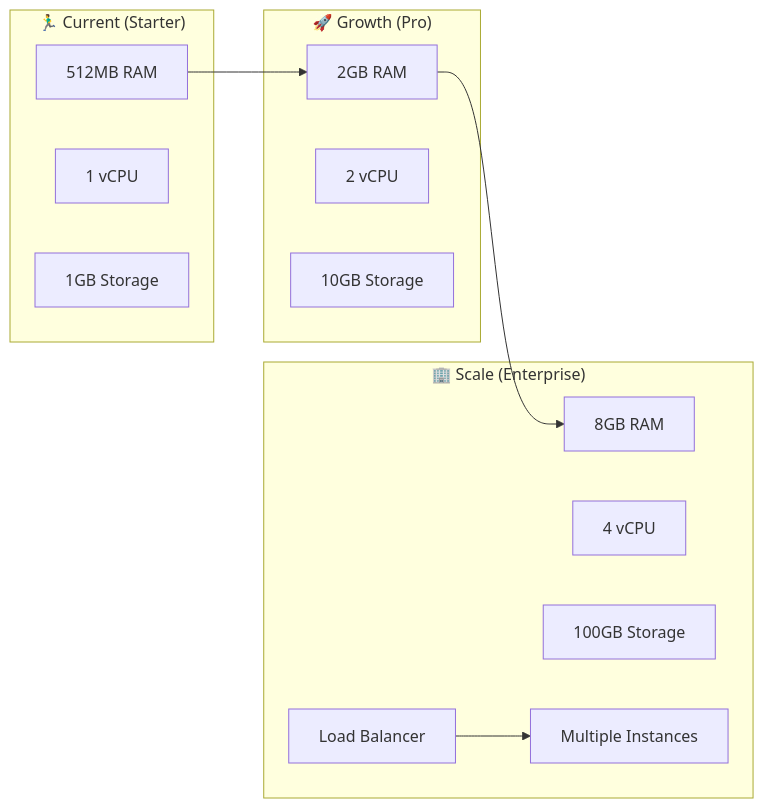
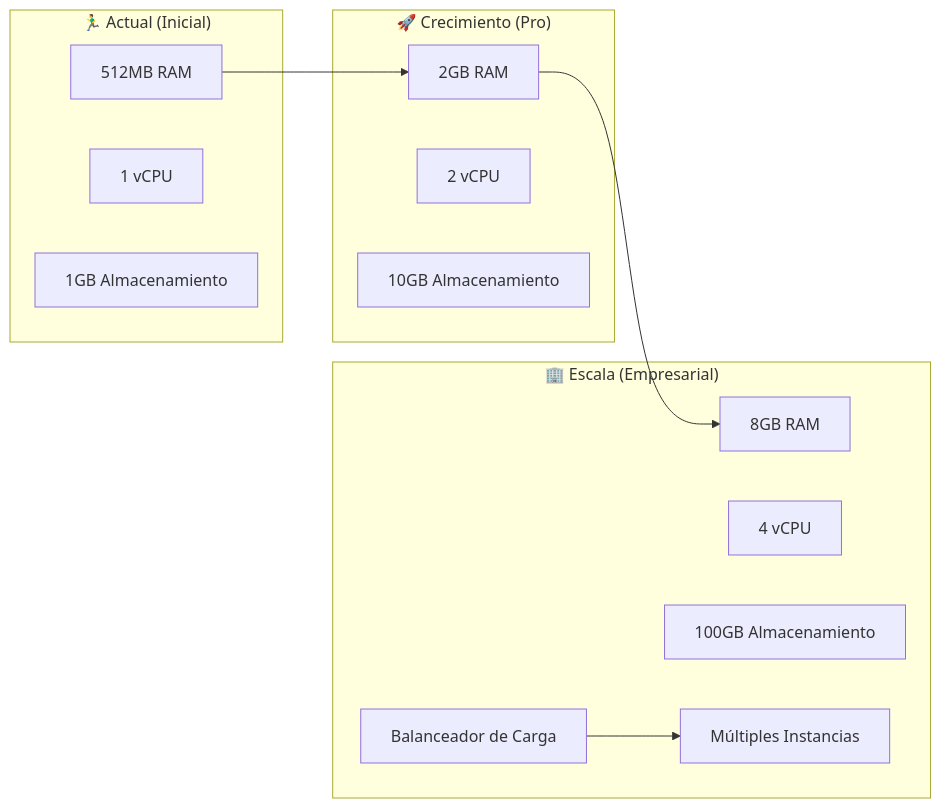
The third of 3 diagrams in DIAGRAMA_DESPLIEGUE_COMPLETO.md (CarlitosErnesto21/AgenciaVasir), drawn with Mermaid before and after one commit. The commit also changed other lines of this file, not shown here.

Commit message:
diagrama de despliegue

````diff
--- a/DIAGRAMA_DESPLIEGUE_COMPLETO.md
+++ b/DIAGRAMA_DESPLIEGUE_COMPLETO.md
@@ -324,26 +324,26 @@
 ```mermaid
 graph LR
-    subgraph "🏃‍♂️ Current (Starter)"
+    subgraph "🏃‍♂️ Actual (Inicial)"
         C1[512MB RAM]
         C2[1 vCPU]
-        C3[1GB Storage]
+        C3[1GB Almacenamiento]
     end
     
-    subgraph "🚀 Growth (Pro)"
+    subgraph "🚀 Crecimiento (Pro)"
         G1[2GB RAM]
         G2[2 vCPU]
-        G3[10GB Storage]
+        G3[10GB Almacenamiento]
     end
     
-    subgraph "🏢 Scale (Enterprise)"
+    subgraph "🏢 Escala (Empresarial)"
         E1[8GB RAM]
         E2[4 vCPU]
-        E3[100GB Storage]
-        E4[Load Balancer]
-        E5[Multiple Instances]
+        E3[100GB Almacenamiento]
+        E4[Balanceador de Carga]
+        E5[Múltiples Instancias]
     end
     
     C1 --> G1
     G1 --> E1
     E4 --> E5
 ```
````
